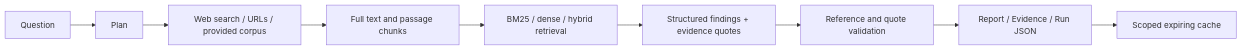
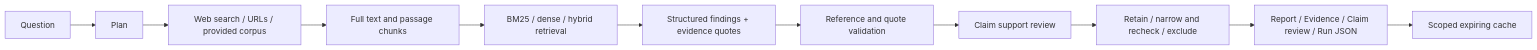
The diagram in README.md (ramshetty01/EREVNA), drawn with Mermaid before and after one commit. The commit also changed other lines of this file and 10 other files, not shown here.

Commit message:
docs: record claim-support evaluation with failures and annotation provenance

````diff
--- a/README.md
+++ b/README.md
@@ -63,11 +64,13 @@
 ```mermaid
 flowchart LR
     Q[Question] --> P[Plan]
     P --> S[Web search / URLs / provided corpus]
     S --> C[Full text and passage chunks]
     C --> R[BM25 / dense / hybrid retrieval]
     R --> G[Structured findings + evidence quotes]
     G --> V[Reference and quote validation]
-    V --> A[Report / Evidence / Run JSON]
+    V --> J[Claim support review]
+    J --> N[Retain / narrow and recheck / exclude]
+    N --> A[Report / Evidence / Claim review / Run JSON]
     A --> M[Scoped expiring cache]
 ```
````
